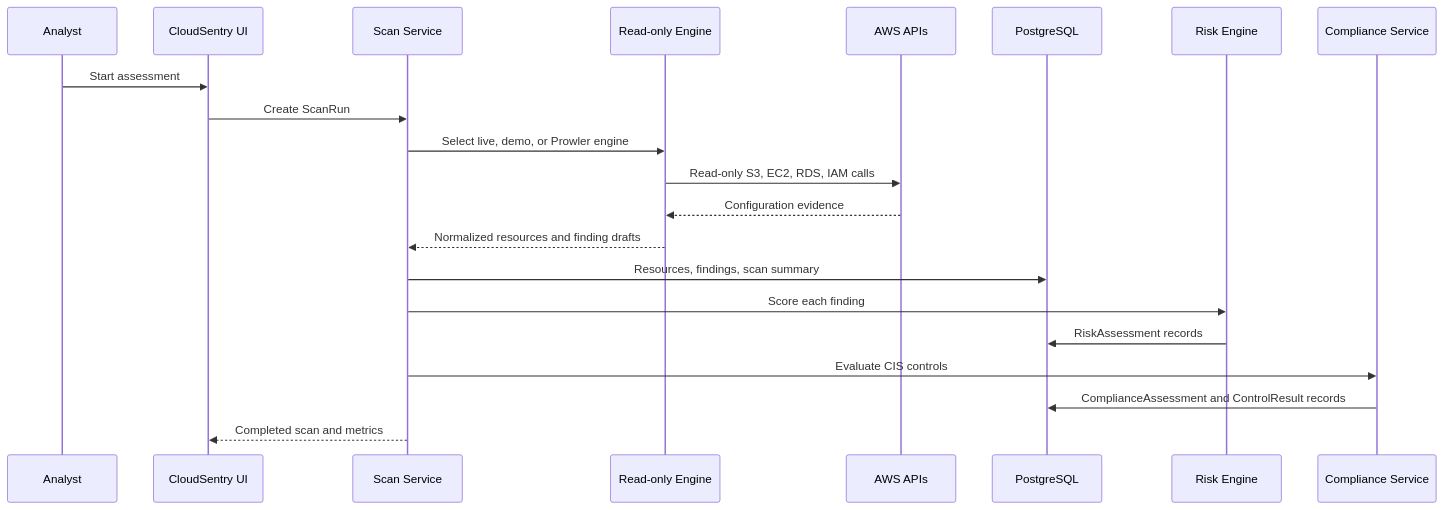
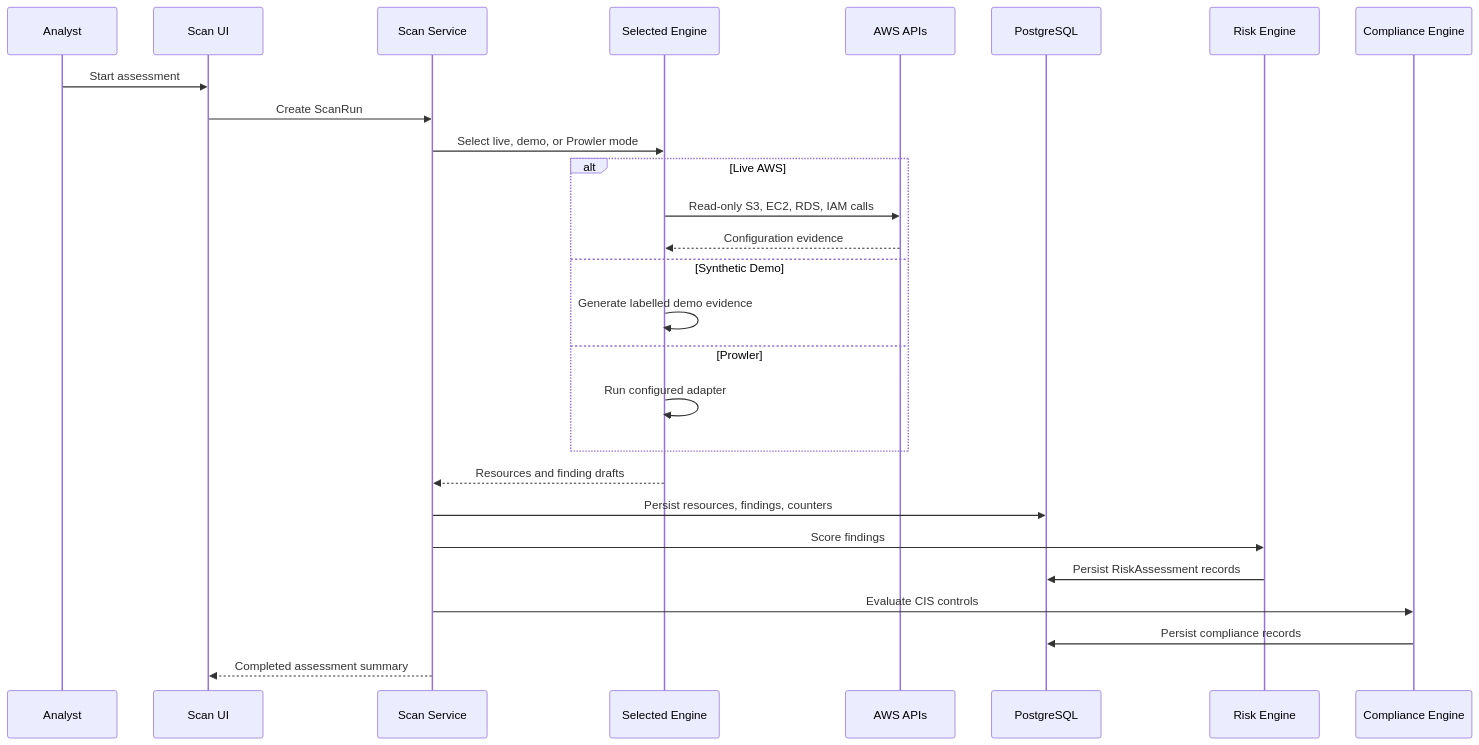
Before and after one commit to Njbalamani/Cloud-Sentry: the sixth of 9 diagrams in README.md, drawn with Mermaid. The commit also changed other lines of this file and 1 other file, not shown here.

````diff
--- a/README.md
+++ b/README.md
@@ -53,24 +340,30 @@
 ```mermaid
 sequenceDiagram
     participant User as Analyst
-    participant UI as CloudSentry UI
-    participant Service as Scan Service
-    participant Engine as Read-only Engine
+    participant UI as Scan UI
+    participant Scan as Scan Service
+    participant Engine as Selected Engine
     participant AWS as AWS APIs
     participant DB as PostgreSQL
     participant Risk as Risk Engine
-    participant Compliance as Compliance Service
+    participant Comp as Compliance Engine
 
     User->>UI: Start assessment
-    UI->>Service: Create ScanRun
-    Service->>Engine: Select live, demo, or Prowler engine
-    Engine->>AWS: Read-only S3, EC2, RDS, IAM calls
-    AWS-->>Engine: Configuration evidence
-    Engine-->>Service: Normalized resources and finding drafts
-    Service->>DB: Resources, findings, scan summary
-    Service->>Risk: Score each finding
-    Risk->>DB: RiskAssessment records
-    Service->>Compliance: Evaluate CIS controls
-    Compliance->>DB: ComplianceAssessment and ControlResult records
-    Service-->>UI: Completed scan and metrics
+    UI->>Scan: Create ScanRun
+    Scan->>Engine: Select live, demo, or Prowler mode
+    alt Live AWS
+        Engine->>AWS: Read-only S3, EC2, RDS, IAM calls
+        AWS-->>Engine: Configuration evidence
+    else Synthetic Demo
+        Engine->>Engine: Generate labelled demo evidence
+    else Prowler
+        Engine->>Engine: Run configured adapter
+    end
+    Engine-->>Scan: Resources and finding drafts
+    Scan->>DB: Persist resources, findings, counters
+    Scan->>Risk: Score findings
+    Risk->>DB: Persist RiskAssessment records
+    Scan->>Comp: Evaluate CIS controls
+    Comp->>DB: Persist compliance records
+    Scan-->>UI: Completed assessment summary
 ```
````
